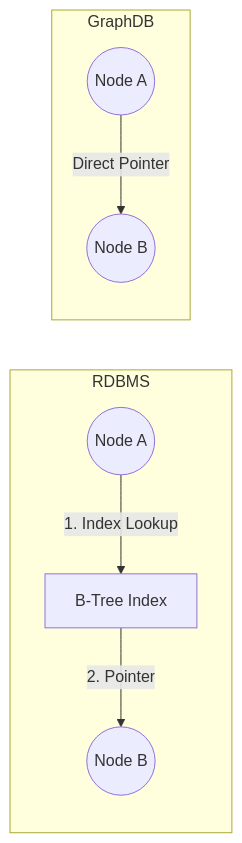
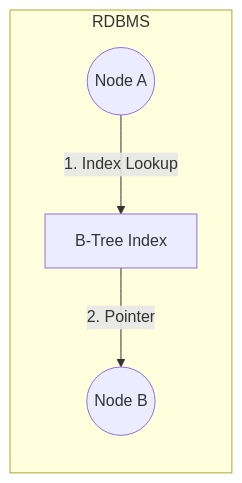
The sixth of 8 diagrams in public/blogs/database-paradigms/blog.md (mbeps/personal-portfolio), drawn with Mermaid before and after one commit. The commit also changed other lines of this file and 27 other files, not shown here.

Commit message:
Cleaned blogs - Replaced certain image diagrams with Mermaid diagrams - Added `-` to separate chapter numbers and chapter titles - Other smaller tweaks

````diff
--- a/public/blogs/database-paradigms/blog.md
+++ b/public/blogs/database-paradigms/blog.md
@@ -492,11 +493,7 @@
 ```mermaid
 graph LR
-    subgraph RDBMS
-    A((Node A)) -- 1. Index Lookup --> Idx[B-Tree Index]
-    Idx -- 2. Pointer --> B((Node B))
-    end
-    
-    subgraph GraphDB
-    GA((Node A)) -- Direct Pointer --> GB((Node B))
-    end
+  subgraph RDBMS
+  A((Node A)) -- 1. Index Lookup --> Idx[B-Tree Index]
+  Idx -- 2. Pointer --> B((Node B))
+  end
 ```
````
